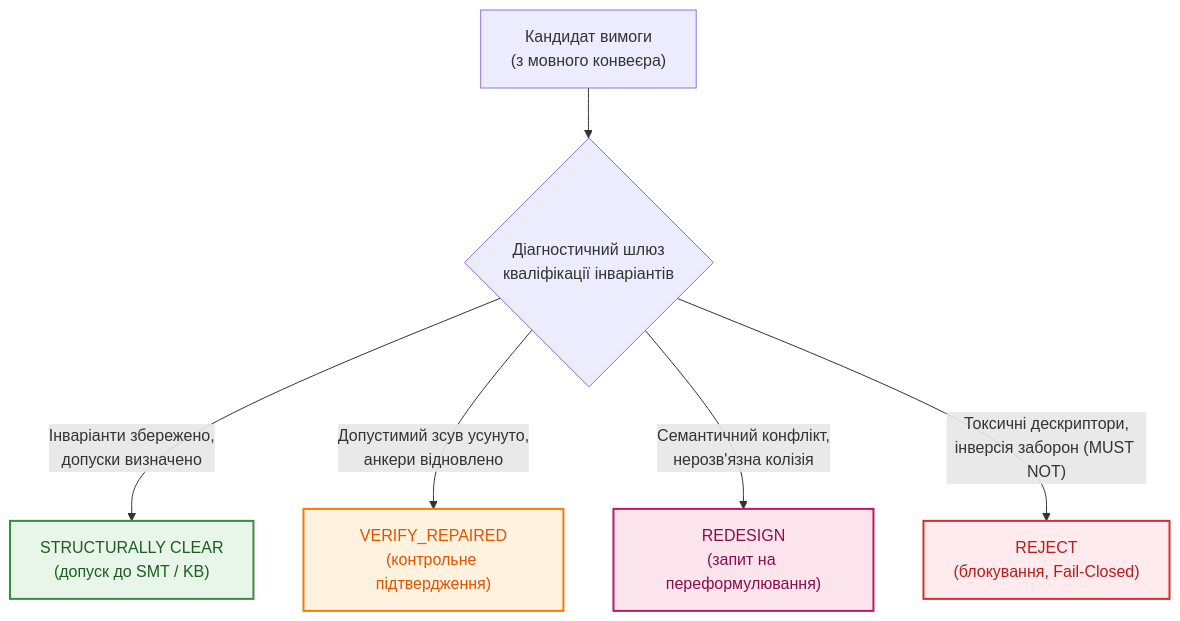
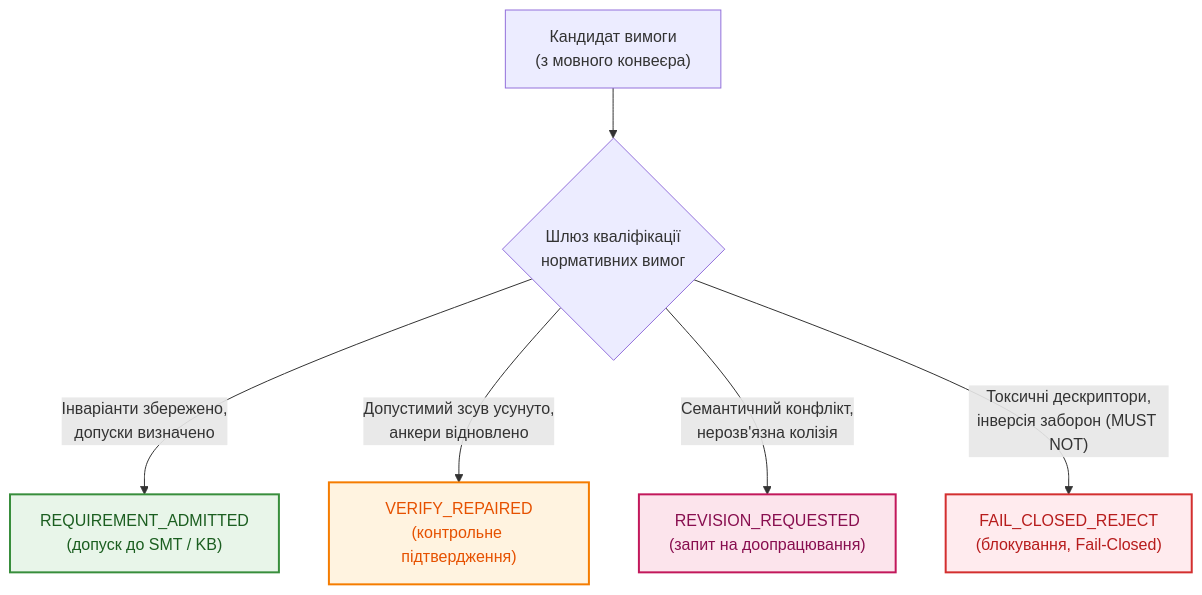
Before and after one commit to nick-fedchik/articles: the fifth of 6 diagrams in ExpertSystem/ch14-requirements-detection-and-formalization.md, drawn with Mermaid. The commit also changed other lines of this file and 1 other file, not shown here.

Commit message:
docs(expert-system): align SIF citations and qualification gate with author review

````diff
--- a/ExpertSystem/ch14-requirements-detection-and-formalization.md
+++ b/ExpertSystem/ch14-requirements-detection-and-formalization.md
@@ -452,21 +452,21 @@
 ```mermaid
 flowchart TD
     accTitle: Чотириетапний шлюз кваліфікації вимог
-    accDescr: Схема ухвалення рішення шлюзом: STRUCTURALLY CLEAR, VERIFY_REPAIRED, REDESIGN, REJECT.
+    accDescr: Схема ухвалення рішення шлюзом: REQUIREMENT_ADMITTED, VERIFY_REPAIRED, REVISION_REQUESTED, FAIL_CLOSED_REJECT.
 
-    REQ["Кандидат вимоги<br/>(з мовного конвеєра)"] --> GATE{"Діагностичний шлюз<br/>кваліфікації інваріантів"}
-    GATE -->|"Інваріанти збережено,<br/>допуски визначено"| SC["STRUCTURALLY CLEAR<br/>(допуск до SMT / KB)"]
+    REQ["Кандидат вимоги<br/>(з мовного конвеєра)"] --> GATE{"Шлюз кваліфікації<br/>нормативних вимог"}
+    GATE -->|"Інваріанти збережено,<br/>допуски визначено"| RA["REQUIREMENT_ADMITTED<br/>(допуск до SMT / KB)"]
     GATE -->|"Допустимий зсув усунуто,<br/>анкери відновлено"| VR["VERIFY_REPAIRED<br/>(контрольне підтвердження)"]
-    GATE -->|"Семантичний конфлікт,<br/>нерозв'язна колізія"| RD["REDESIGN<br/>(запит на переформулювання)"]
-    GATE -->|"Токсичні дескриптори,<br/>інверсія заборон (MUST NOT)"| RJ["REJECT<br/>(блокування, Fail-Closed)"]
+    GATE -->|"Семантичний конфлікт,<br/>нерозв'язна колізія"| RR["REVISION_REQUESTED<br/>(запит на доопрацювання)"]
+    GATE -->|"Токсичні дескриптори,<br/>інверсія заборон (MUST NOT)"| FR["FAIL_CLOSED_REJECT<br/>(блокування, Fail-Closed)"]
 
     classDef ok fill:#e8f5e9,stroke:#388e3c,stroke-width:2px,color:#1b5e20;
     classDef check fill:#fff3e0,stroke:#f57c00,stroke-width:2px,color:#e65100;
     classDef warn fill:#fce4ec,stroke:#c2185b,stroke-width:2px,color:#880e4f;
     classDef err fill:#ffebee,stroke:#d32f2f,stroke-width:2px,color:#b71c1c;
 
-    class SC ok;
+    class RA ok;
     class VR check;
-    class RD warn;
-    class RJ err;
+    class RR warn;
+    class FR err;
 ```
````
